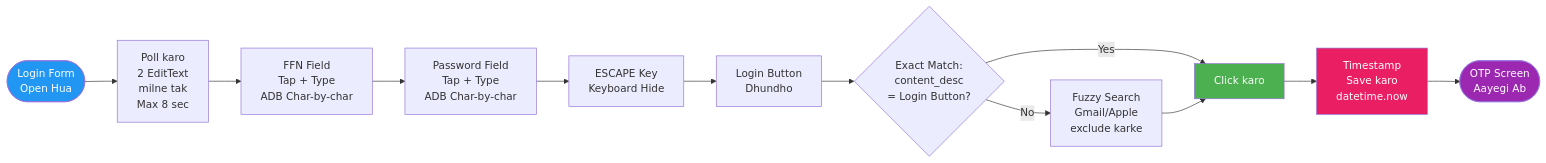
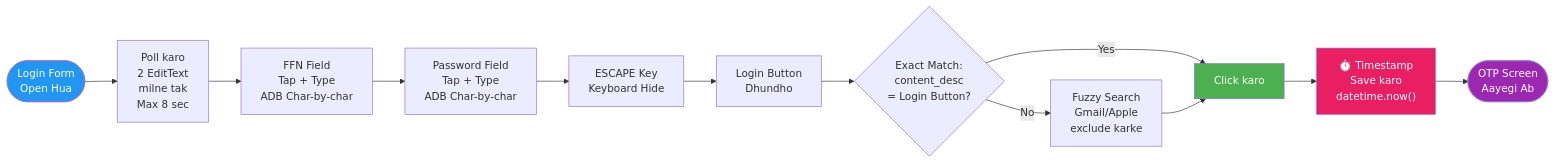
One commit to akarshlkosri-hub/saudiaautomation changed the third of 4 diagrams in FLOW.md. Above: the diagram before and after it, drawn with Mermaid. The commit also changed other lines of this file and 15 other files, not shown here.

Commit message:
feat(saudia-automation): update flow, phone control, and dump scripts

````diff
--- a/FLOW.md
+++ b/FLOW.md
@@ -124,19 +474,19 @@
 ```mermaid
 flowchart LR
-    FORM_START(["Login Form\nOpen Hua"]) --> POLL_FIELDS["Poll karo\n2 EditText\nmilne tak\nMax 8 sec"]
-    POLL_FIELDS --> FFN["FFN Field\nTap + Type\nADB Char-by-char"]
-    FFN --> PASS["Password Field\nTap + Type\nADB Char-by-char"]
-    PASS --> KB_HIDE["ESCAPE Key\nKeyboard Hide"]
-    KB_HIDE --> FIND_BTN["Login Button\nDhundho"]
-    FIND_BTN --> BTN_CHK{"Exact Match:\ncontent_desc\n= Login Button?"}
+    FORM_START(["Login Form<br/>Open Hua"]) --> POLL_FIELDS["Poll karo<br/>2 EditText<br/>milne tak<br/>Max 8 sec"]
+    POLL_FIELDS --> FFN["FFN Field<br/>Tap + Type<br/>ADB Char-by-char"]
+    FFN --> PASS["Password Field<br/>Tap + Type<br/>ADB Char-by-char"]
+    PASS --> KB_HIDE["ESCAPE Key<br/>Keyboard Hide"]
+    KB_HIDE --> FIND_BTN["Login Button<br/>Dhundho"]
+    FIND_BTN --> BTN_CHK{"Exact Match:<br/>content_desc<br/>= Login Button?"}
     BTN_CHK -->|Yes| CLICK_BTN["Click karo"]
-    BTN_CHK -->|No| FUZZY["Fuzzy Search\nGmail/Apple\nexclude karke"]
+    BTN_CHK -->|No| FUZZY["Fuzzy Search<br/>Gmail/Apple<br/>exclude karke"]
     FUZZY --> CLICK_BTN
-    CLICK_BTN --> TIMESTAMP["Timestamp\nSave karo\ndatetime.now"]
-    TIMESTAMP --> FORM_END(["OTP Screen\nAayegi Ab"])
+    CLICK_BTN --> TIMESTAMP["⏱️ Timestamp<br/>Save karo<br/>datetime.now()"]
+    TIMESTAMP --> FORM_END(["OTP Screen<br/>Aayegi Ab"])
 
     style FORM_START fill:#2196F3,color:white
     style FORM_END fill:#9C27B0,color:white
     style TIMESTAMP fill:#E91E63,color:white
     style CLICK_BTN fill:#4CAF50,color:white
 ```
````
